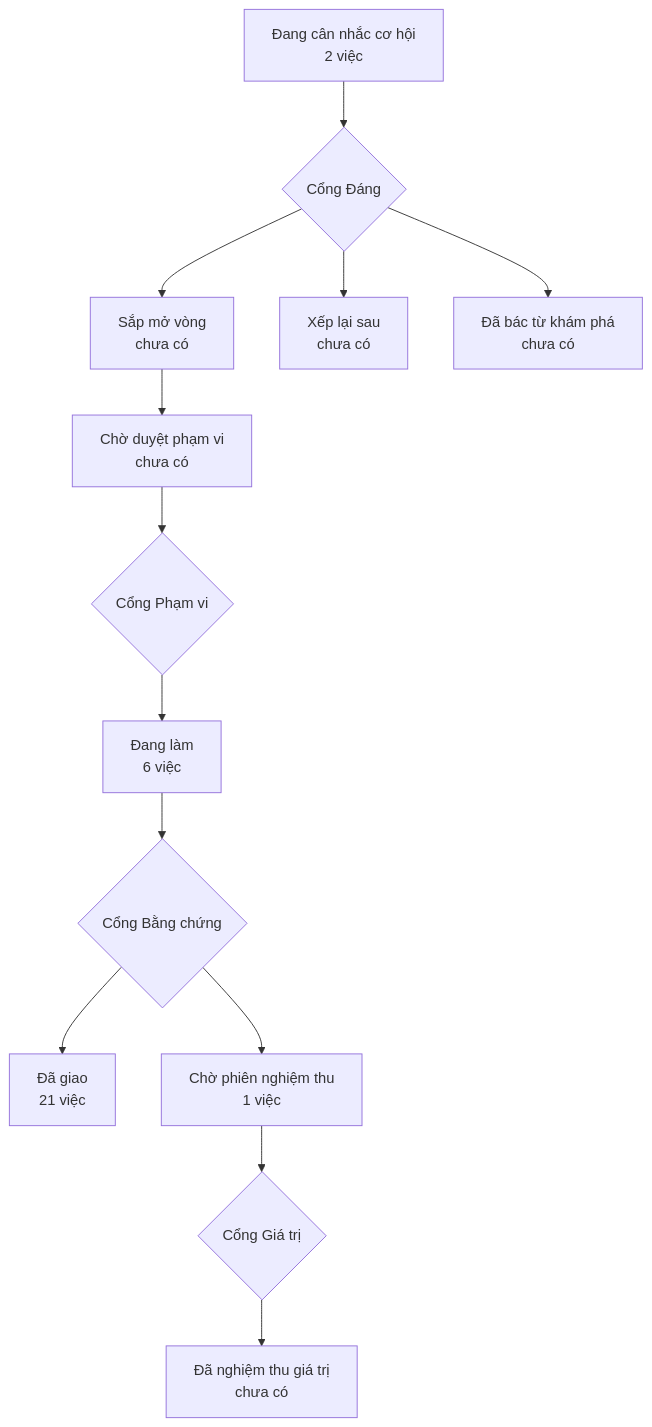
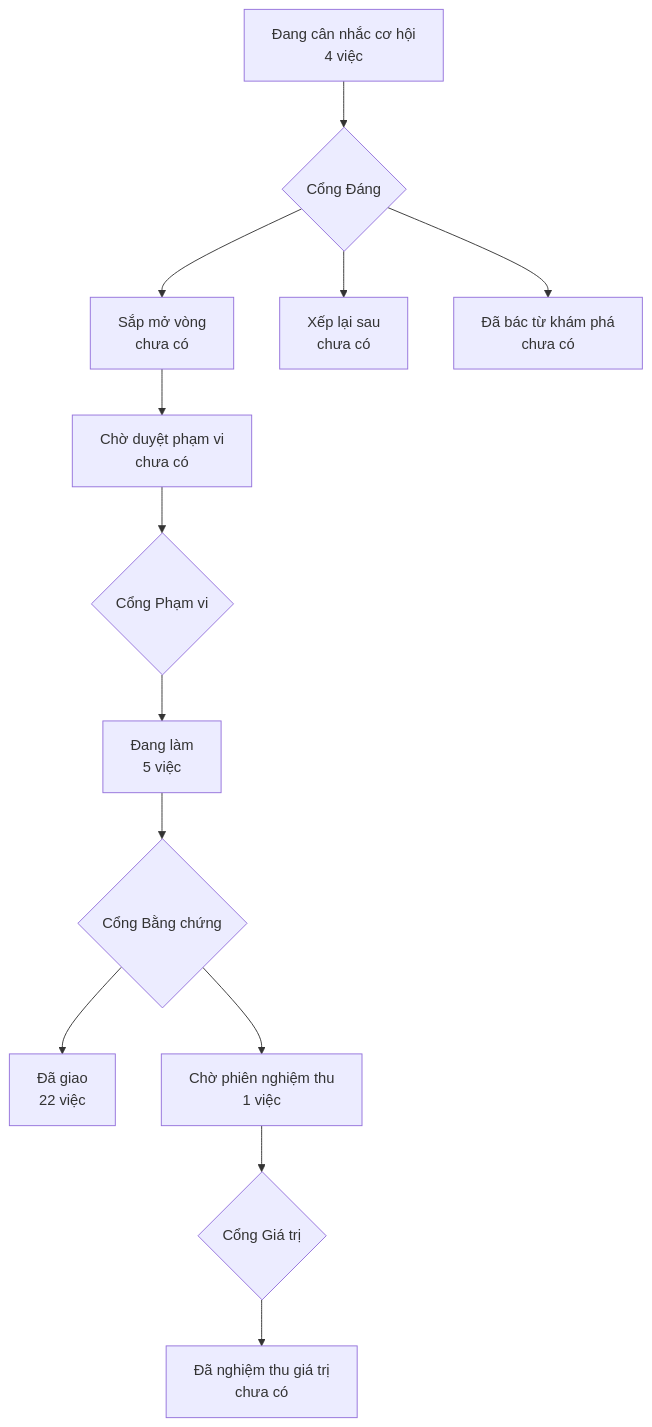
The diagram in PRODUCT-MAP.md (phanlemanh/crm-onehub), drawn with Mermaid before and after one commit. The commit also changed other lines of this file and 8 other files, not shown here.

````diff
--- a/PRODUCT-MAP.md
+++ b/PRODUCT-MAP.md
@@ -6,12 +6,12 @@
 ```mermaid
 flowchart TD
-  A["Đang cân nhắc cơ hội<br/>2 việc"] --> GD{"Cổng Đáng"}
+  A["Đang cân nhắc cơ hội<br/>4 việc"] --> GD{"Cổng Đáng"}
   GD --> B["Sắp mở vòng<br/>chưa có"]
   GD --> XL["Xếp lại sau<br/>chưa có"]
   GD --> DB["Đã bác từ khám phá<br/>chưa có"]
   B --> CD["Chờ duyệt phạm vi<br/>chưa có"] --> GP{"Cổng Phạm vi"}
-  GP --> DL["Đang làm<br/>6 việc"] --> GB{"Cổng Bằng chứng"}
-  GB --> DG["Đã giao<br/>21 việc"]
+  GP --> DL["Đang làm<br/>5 việc"] --> GB{"Cổng Bằng chứng"}
+  GB --> DG["Đã giao<br/>22 việc"]
   GB --> CN["Chờ phiên nghiệm thu<br/>1 việc"] --> GG{"Cổng Giá trị"}
   GG --> NT["Đã nghiệm thu giá trị<br/>chưa có"]
 ```
````
